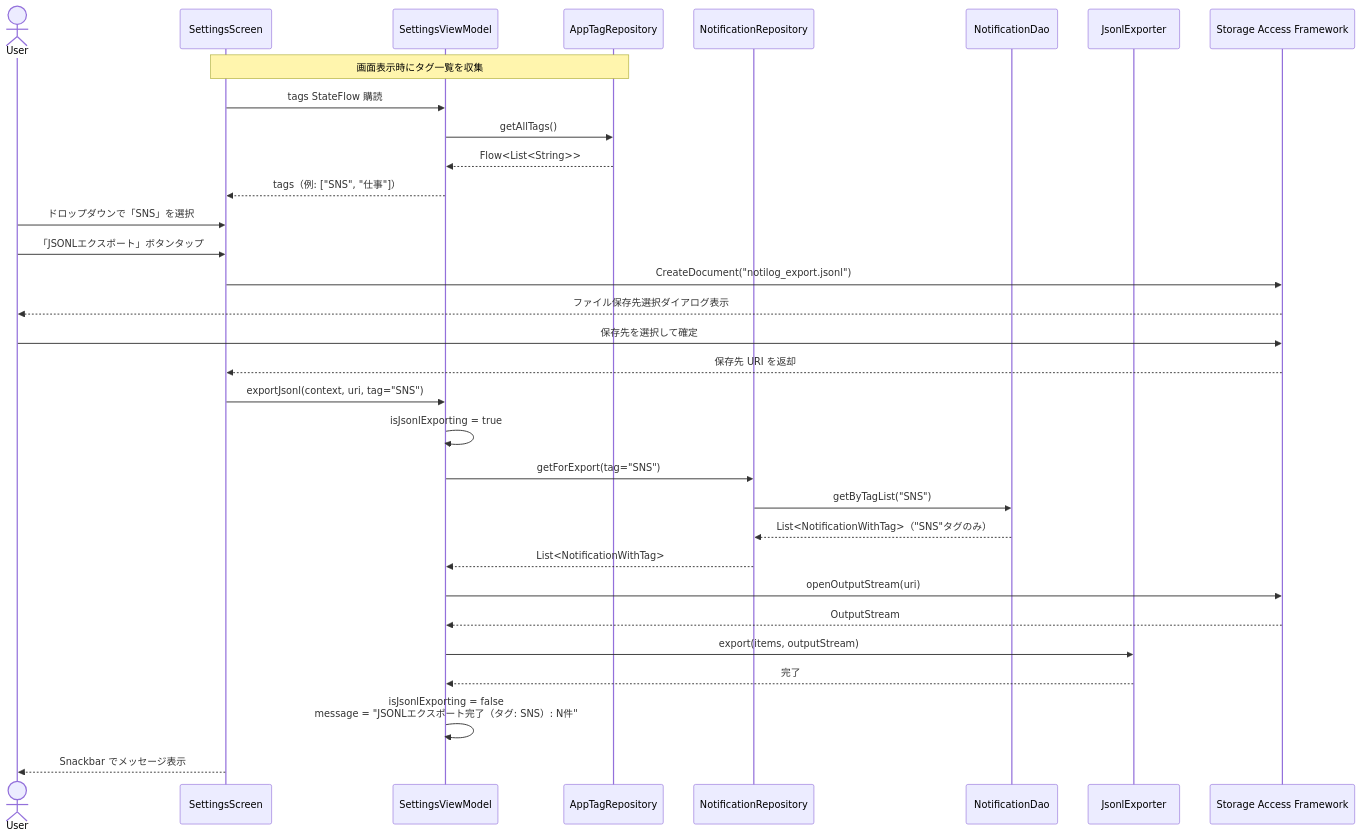
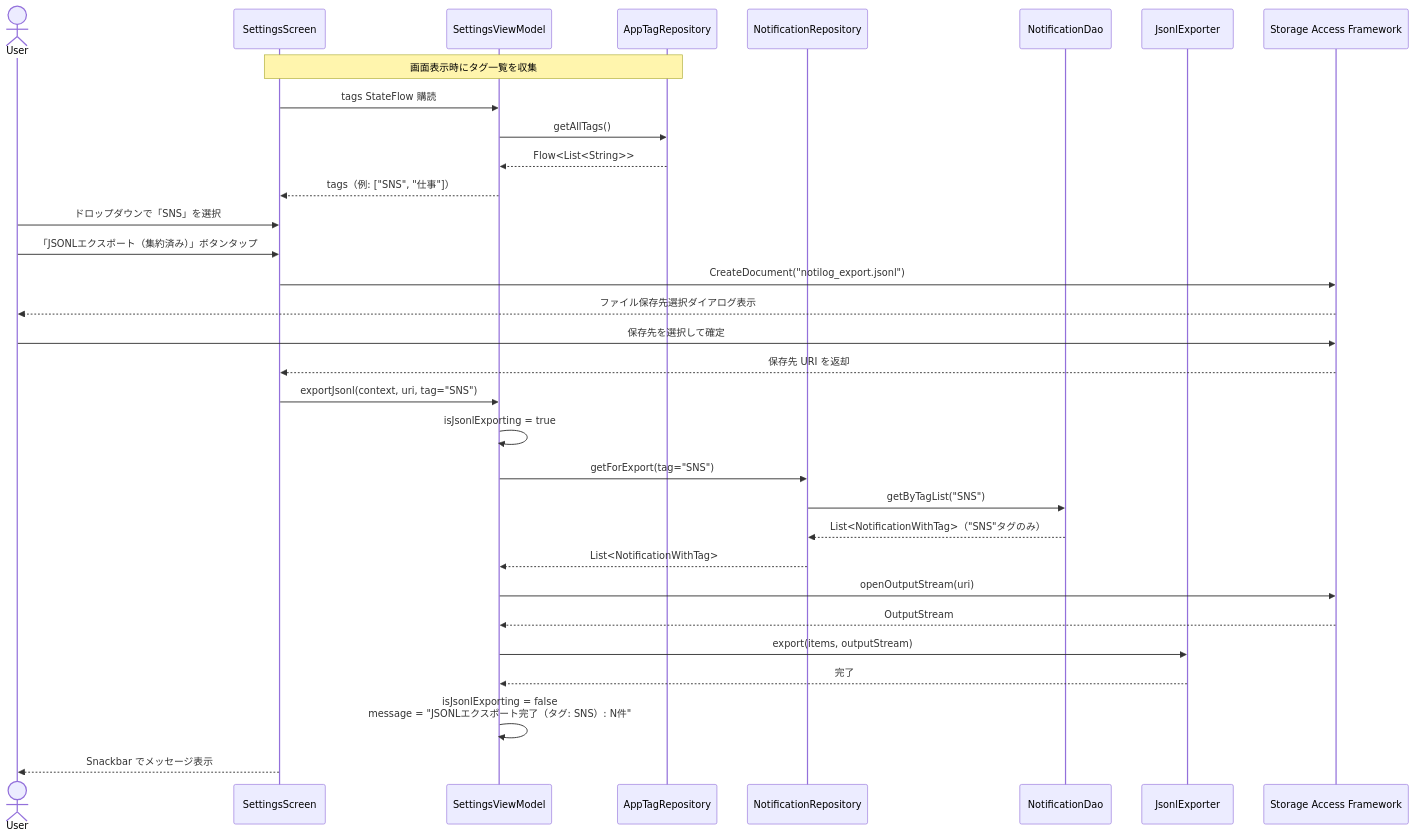
One commit to nakasho-dev/NotiLog changed the second of 3 diagrams in docs/sequence-jsonl-export.md. Above: the diagram before and after it, drawn with Mermaid. The commit also changed other lines of this file and 19 other files, not shown here.

````diff
--- a/docs/sequence-jsonl-export.md
+++ b/docs/sequence-jsonl-export.md
@@ -53,41 +53,41 @@
 ```mermaid
 sequenceDiagram
     actor User
     participant SettingsScreen
     participant SettingsViewModel
     participant AppTagRepository
     participant NotificationRepository
     participant NotificationDao
     participant JsonlExporter
     participant SAF as Storage Access Framework
 
     Note over SettingsScreen,AppTagRepository: 画面表示時にタグ一覧を収集
     SettingsScreen->>SettingsViewModel: tags StateFlow 購読
     SettingsViewModel->>AppTagRepository: getAllTags()
     AppTagRepository-->>SettingsViewModel: Flow<List<String>>
     SettingsViewModel-->>SettingsScreen: tags（例: ["SNS", "仕事"]）
 
     User->>SettingsScreen: ドロップダウンで「SNS」を選択
-    User->>SettingsScreen: 「JSONLエクスポート」ボタンタップ
+    User->>SettingsScreen: 「JSONLエクスポート（集約済み）」ボタンタップ
     SettingsScreen->>SAF: CreateDocument("notilog_export.jsonl")
     SAF-->>User: ファイル保存先選択ダイアログ表示
     User->>SAF: 保存先を選択して確定
     SAF-->>SettingsScreen: 保存先 URI を返却
 
     SettingsScreen->>SettingsViewModel: exportJsonl(context, uri, tag="SNS")
     SettingsViewModel->>SettingsViewModel: isJsonlExporting = true
 
     SettingsViewModel->>NotificationRepository: getForExport(tag="SNS")
     NotificationRepository->>NotificationDao: getByTagList("SNS")
     NotificationDao-->>NotificationRepository: List<NotificationWithTag>（"SNS"タグのみ）
     NotificationRepository-->>SettingsViewModel: List<NotificationWithTag>
 
     SettingsViewModel->>SAF: openOutputStream(uri)
     SAF-->>SettingsViewModel: OutputStream
 
     SettingsViewModel->>JsonlExporter: export(items, outputStream)
     JsonlExporter-->>SettingsViewModel: 完了
 
     SettingsViewModel->>SettingsViewModel: isJsonlExporting = false<br/>message = "JSONLエクスポート完了（タグ: SNS）: N件"
     SettingsScreen-->>User: Snackbar でメッセージ表示
 ```
````
